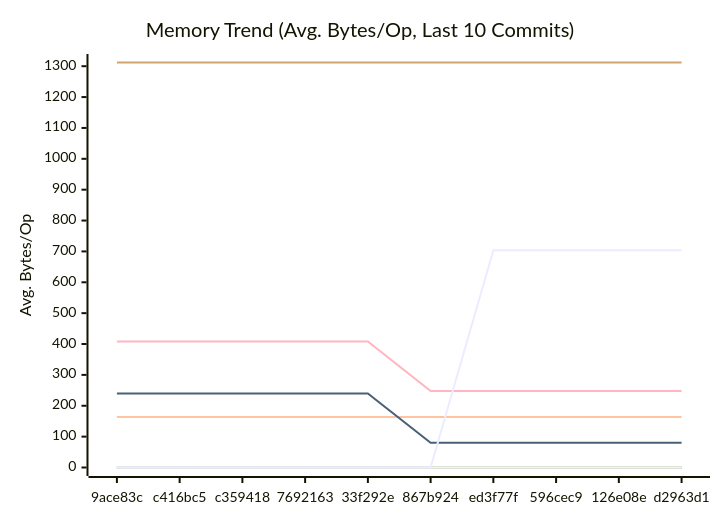
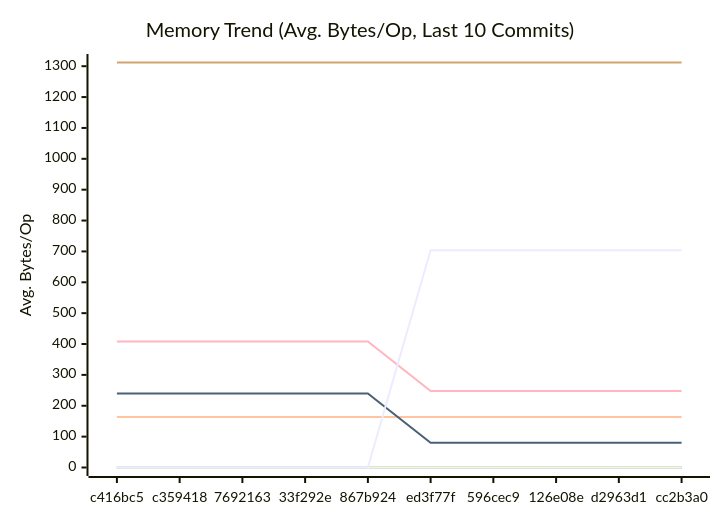
Before and after one commit to alsotoes/momo: the second of 3 diagrams in docs/PERFORMANCE.md, drawn with Mermaid. The commit also changed other lines of this file and 2 other files, not shown here.

````diff
--- a/docs/PERFORMANCE.md
+++ b/docs/PERFORMANCE.md
@@ -152,18 +152,18 @@
 ```mermaid
 xychart-beta
     title "Memory Trend (Avg. Bytes/Op, Last 10 Commits)"
     x-axis "Commit"
     y-axis "Avg. Bytes/Op"
-    x-axis [9ace83c,c416bc5,c359418,7692163,33f292e,867b924,ed3f77f,596cec9,126e08e,d2963d1]
+    x-axis [c416bc5,c359418,7692163,33f292e,867b924,ed3f77f,596cec9,126e08e,d2963d1,cc2b3a0]
     line "CheckMetricsAndSwap" [0,0,0,0,0,0,0,0,0,0]
     line "CrushOptimized" [0,0,0,0,0,0,0,0,0,0]
     line "CrushOriginal" [164,164,164,164,164,164,164,164,164,164]
     line "IndexDirectTracking" [0,0,0,0,0,0,0,0,0,0]
     line "IndexSearch" [0,0,0,0,0,0,0,0,0,0]
     line "LoadGlobalConfig" [1312,1312,1312,1312,1312,1312,1312,1312,1312,1312]
     line "PadString" [0,0,0,0,0,0,0,0,0,0]
     line "ParseReplicationOrder_NoPrealloc" [408,408,408,408,408,248,248,248,248,248]
     line "ParseReplicationOrder_Prealloc" [240,240,240,240,240,80,80,80,80,80]
     line "SanitizeLog/Safe" [0,0,0,0,0,0,0,0,0,0]
-    line "SanitizeLog/Unsafe" [0,0,0,0,0,0,704,704,704,704]
+    line "SanitizeLog/Unsafe" [0,0,0,0,0,704,704,704,704,704]
 ```
````
